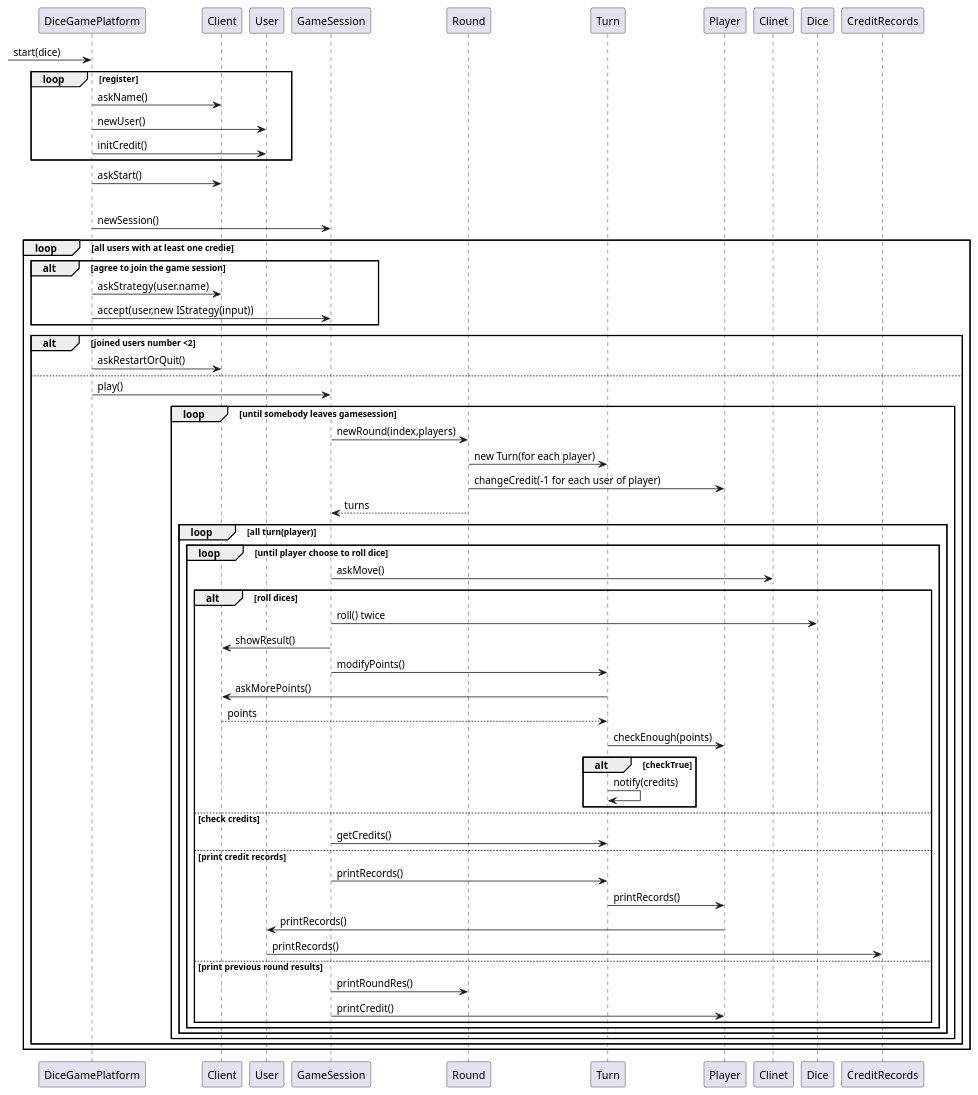
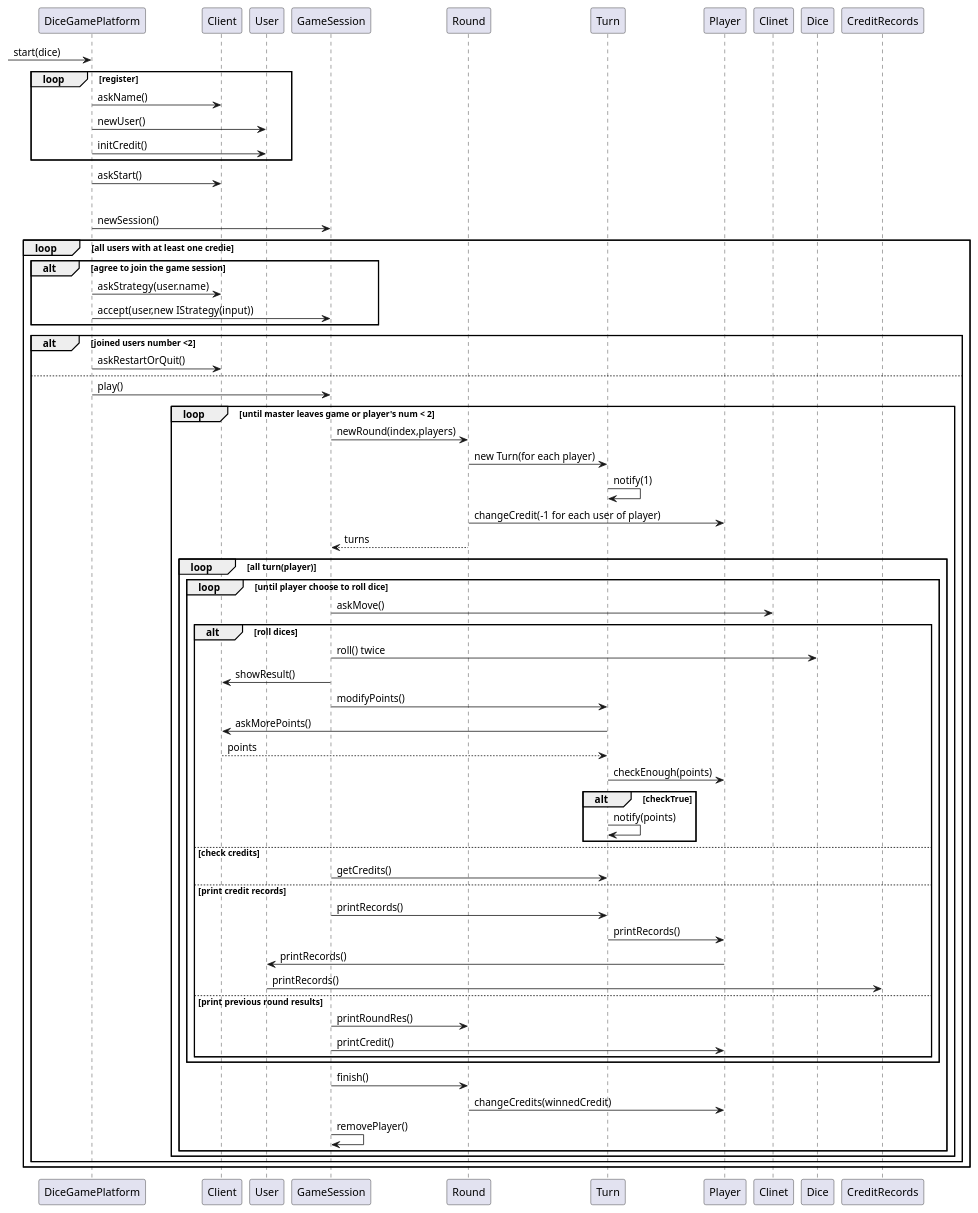
One commit to CaucherWang/DiceGame changed the diagram in sequence_diagram.md. Above: the diagram before and after it, drawn with PlantUML. The commit also changed 17 other files, not shown here.

````diff
--- a/sequence_diagram.md
+++ b/sequence_diagram.md
@@ -1,62 +1,66 @@
 ```plantuml
 @startuml
 [->DiceGamePlatform:start(dice)
 loop register
 DiceGamePlatform->Client:askName()
 DiceGamePlatform->User:newUser()
 DiceGamePlatform->User:initCredit()
 end
 DiceGamePlatform->Client:askStart()
 loop game phase
 DiceGamePlatform->GameSession:newSession()
 loop all users with at least one credie
 alt agree to join the game session
 DiceGamePlatform->Client:askStrategy(user.name)
 DiceGamePlatform->GameSession:accept(user,new IStrategy(input))
 end
 alt joined users number <2
 DiceGamePlatform->Client:askRestartOrQuit()
 else
 DiceGamePlatform->GameSession:play()
-loop until somebody leaves gamesession
+loop until master leaves game or player's num < 2
 GameSession->Round:newRound(index,players)
 Round->Turn:new Turn(for each player)
+Turn->Turn:notify(1)
 Round->Player:changeCredit(-1 for each user of player)
 Round -->GameSession:turns
 loop all turn(player)
 loop until player choose to roll dice
 GameSession->Clinet:askMove()
 alt roll dices
 
 GameSession->Dice:roll() twice
 GameSession->Client:showResult()
 GameSession->Turn:modifyPoints()
 Turn->Client:askMorePoints()
 Client-->Turn:points
 Turn->Player:checkEnough(points)
 alt checkTrue
-Turn->Turn:notify(credits)
+Turn->Turn:notify(points)
 end
 
 else check credits
 GameSession->Turn:getCredits()
 
 else print credit records
 
 GameSession -> Turn:printRecords()
 Turn ->Player:printRecords()
 Player->User:printRecords()
 User->CreditRecords:printRecords()
 
 else print previous round results
 
 GameSession->Round:printRoundRes()
 GameSession->Player:printCredit()
 end
 end
+GameSession->Round:finish()
+Round->Player:changeCredits(winnedCredit)
+GameSession->GameSession:removePlayer()
 end
 end
 end
 end
 @enduml
 ```
````
